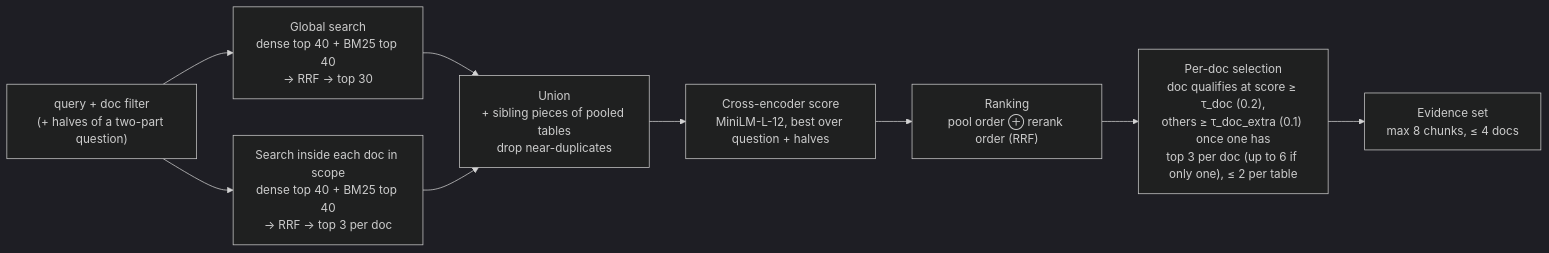
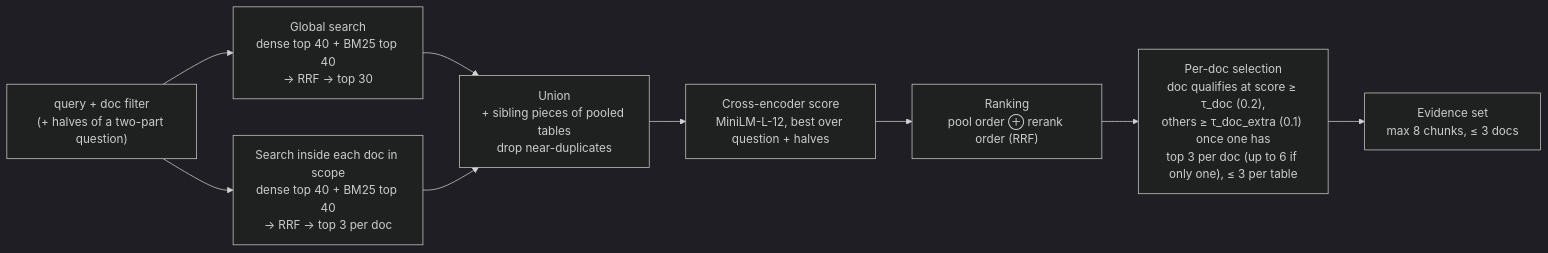
One commit to vaishali-iyengar/TruNutri-RAG-chatbot changed the sixth of 11 diagrams in ARCHITECTURE.md. Above: the diagram before and after it, drawn with Mermaid (dark theme). The commit also changed other lines of this file and 20 other files, not shown here.

````diff
--- a/ARCHITECTURE.md
+++ b/ARCHITECTURE.md
@@ -323,11 +323,11 @@
 ```mermaid
 flowchart LR
     Q["query + doc filter<br/>(+ halves of a two-part question)"] --> GS["Global search<br/>dense top 40 + BM25 top 40<br/>→ RRF → top 30"]
     Q --> PS["Search inside each doc in scope<br/>dense top 40 + BM25 top 40<br/>→ RRF → top 3 per doc"]
     GS --> U["Union<br/>+ sibling pieces of pooled tables<br/>drop near-duplicates"]
     PS --> U
     U --> RR["Cross-encoder score<br/>MiniLM-L-12, best over question + halves"]
     RR --> RK["Ranking<br/>pool order ⊕ rerank order (RRF)"]
-    RK --> SEL["Per-doc selection<br/>doc qualifies at score ≥ τ_doc (0.2),<br/>others ≥ τ_doc_extra (0.1) once one has<br/>top 3 per doc (up to 6 if only one), ≤ 2 per table"]
-    SEL --> EV["Evidence set<br/>max 8 chunks, ≤ 4 docs"]
+    RK --> SEL["Per-doc selection<br/>doc qualifies at score ≥ τ_doc (0.2),<br/>others ≥ τ_doc_extra (0.1) once one has<br/>top 3 per doc (up to 6 if only one), ≤ 3 per table"]
+    SEL --> EV["Evidence set<br/>max 8 chunks, ≤ 3 docs"]
 ```
````
